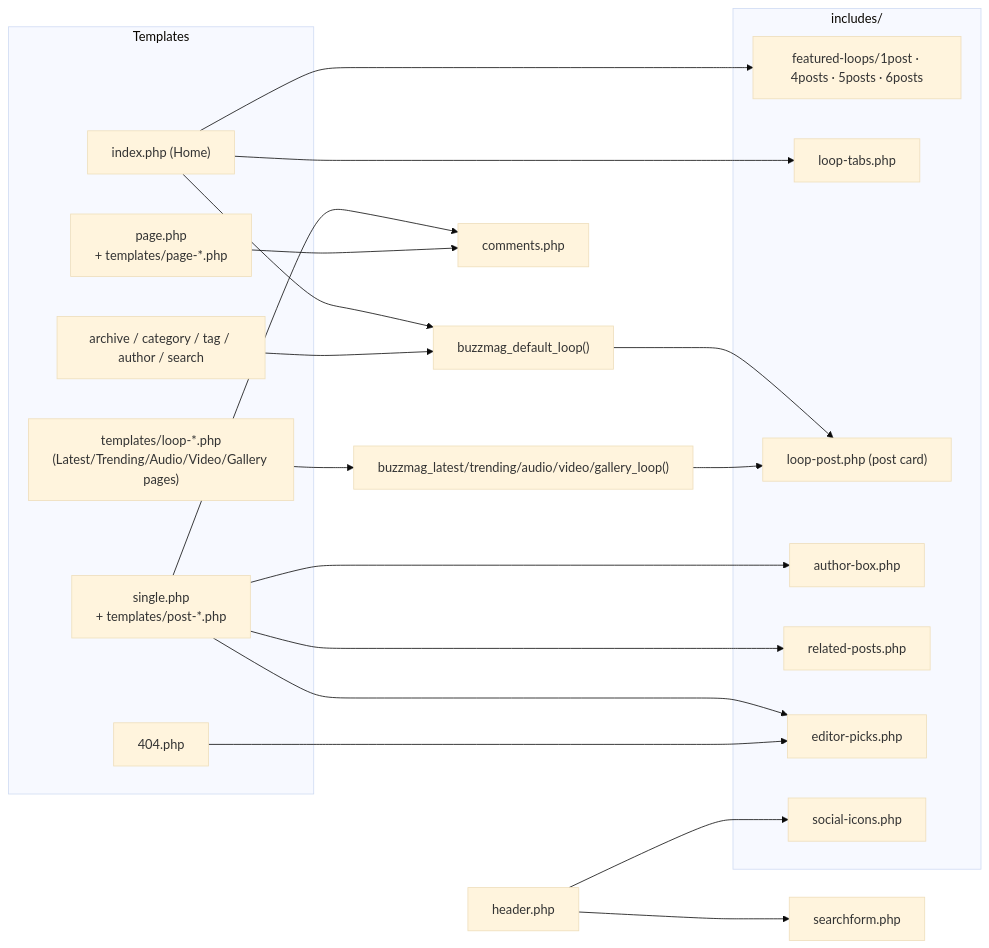
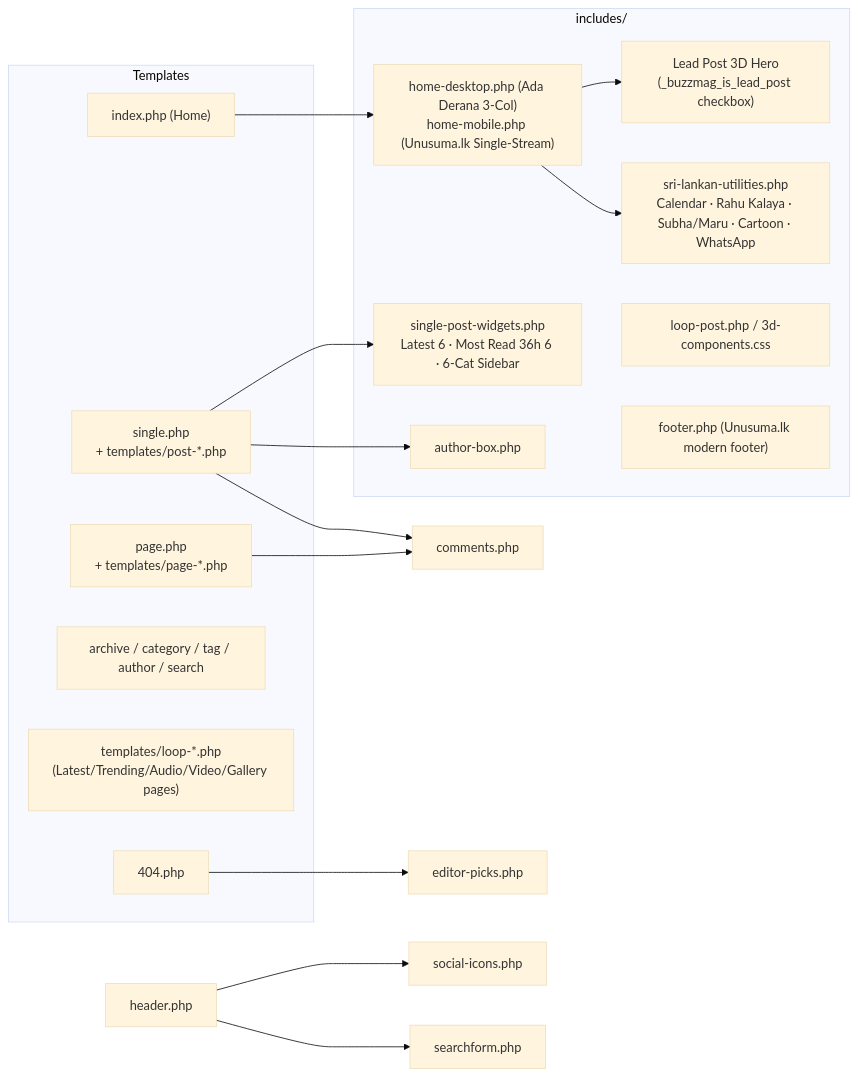
Before and after one commit to JayawardhanaJTH/buzzmag: the second of 9 diagrams in COMPONENT_MAP.md, drawn with Mermaid (base theme). The commit also changed 19 other files, not shown here.

````diff
--- a/COMPONENT_MAP.md
+++ b/COMPONENT_MAP.md
@@ -66,37 +66,32 @@
 ```mermaid
 flowchart LR
     subgraph Templates
         IDX["index.php (Home)"]
         SGL["single.php<br/>+ templates/post-*.php"]
         PG["page.php<br/>+ templates/page-*.php"]
         ARC["archive / category / tag / author / search"]
         LP["templates/loop-*.php<br/>(Latest/Trending/Audio/Video/Gallery pages)"]
         E404["404.php"]
     end
 
     subgraph Parts["includes/"]
-        FEAT["featured-loops/1post · 4posts · 5posts · 6posts"]
-        TABS["loop-tabs.php"]
-        CARD["loop-post.php (post card)"]
+        FEAT["home-desktop.php (Ada Derana 3-Col)<br/>home-mobile.php (Unusuma.lk Single-Stream)"]
+        LEAD["Lead Post 3D Hero<br/>(_buzzmag_is_lead_post checkbox)"]
+        UTIL["sri-lankan-utilities.php<br/>Calendar · Rahu Kalaya · Subha/Maru · Cartoon · WhatsApp"]
+        SINGW["single-post-widgets.php<br/>Latest 6 · Most Read 36h 6 · 6-Cat Sidebar"]
+        CARD["loop-post.php / 3d-components.css"]
         AUTH["author-box.php"]
-        REL["related-posts.php"]
-        PICK["editor-picks.php"]
-        SOC["social-icons.php"]
+        FOOT["footer.php (Unusuma.lk modern footer)"]
     end
 
     IDX --> FEAT
-    IDX --> TABS
-    IDX --> LOOPF["buzzmag_default_loop()"]
-    ARC --> LOOPF
-    LP --> LOOPX["buzzmag_latest/trending/audio/video/gallery_loop()"]
-    LOOPF --> CARD
-    LOOPX --> CARD
+    FEAT --> LEAD
+    FEAT --> UTIL
+    SGL --> SINGW
     SGL --> AUTH
-    SGL --> REL
-    SGL --> PICK
     SGL --> CMT["comments.php"]
     PG --> CMT
-    E404 --> PICK
-    HDR["header.php"] --> SOC
+    E404 --> PICK["editor-picks.php"]
+    HDR["header.php"] --> SOC["social-icons.php"]
     HDR --> SF["searchform.php"]
 ```
````
